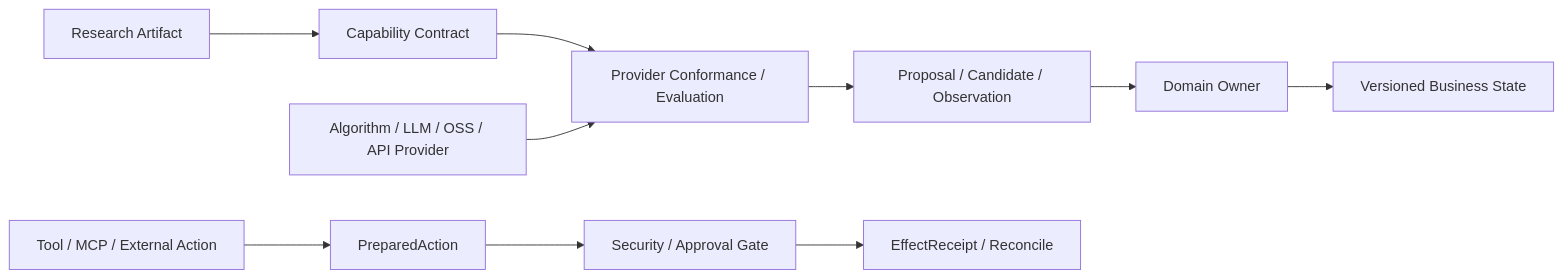
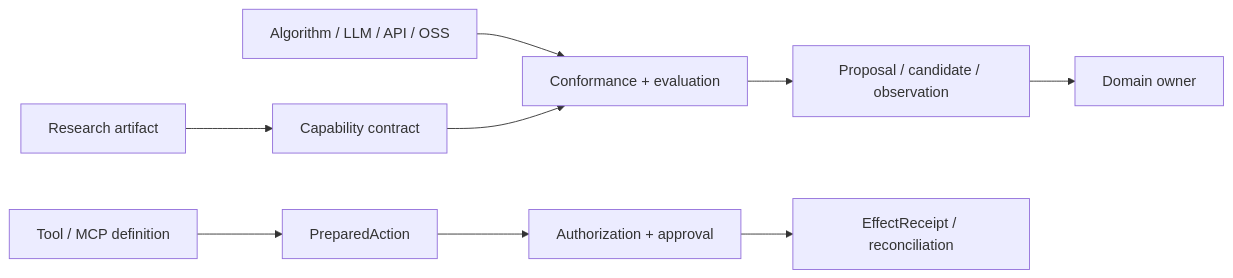
One commit to ProfessorZhi/Zuno changed the fourth of 14 diagrams in docs/architecture/architecture-views.md. Above: the diagram before and after it, drawn with Mermaid. The commit also changed other lines of this file and 14 other files, not shown here.

Commit message:
docs: apply round 02 architecture revision

````diff
--- a/docs/architecture/architecture-views.md
+++ b/docs/architecture/architecture-views.md
@@ -92,13 +75,10 @@
 ```mermaid
 flowchart LR
-  RESEARCH[Research Artifact] --> CAP[Capability Contract]
-  CAP --> CP[Provider Conformance / Evaluation]
-  CP --> PROPOSAL[Proposal / Candidate / Observation]
-  PROVIDER[Algorithm / LLM / OSS / API Provider]
-  PROVIDER --> CP
-  TOOL[Tool / MCP / External Action] --> PREP[PreparedAction]
-  PREP --> GATE[Security / Approval Gate]
-  GATE --> EFFECT[EffectReceipt / Reconcile]
-  PROPOSAL --> OWNER[Domain Owner]
-  OWNER --> VERSION[Versioned Business State]
+  RESEARCH[Research artifact] --> CAPABILITY[Capability contract]
+  PROVIDER[Algorithm / LLM / API / OSS] --> CONFORM[Conformance + evaluation]
+  CAPABILITY --> CONFORM --> PROPOSAL[Proposal / candidate / observation]
+  PROPOSAL --> DOMAIN[Domain owner]
+  TOOLDEF[Tool / MCP definition] --> ACTION[PreparedAction]
+  ACTION --> GATE[Authorization + approval]
+  GATE --> EFFECT[EffectReceipt / reconciliation]
 ```
````
